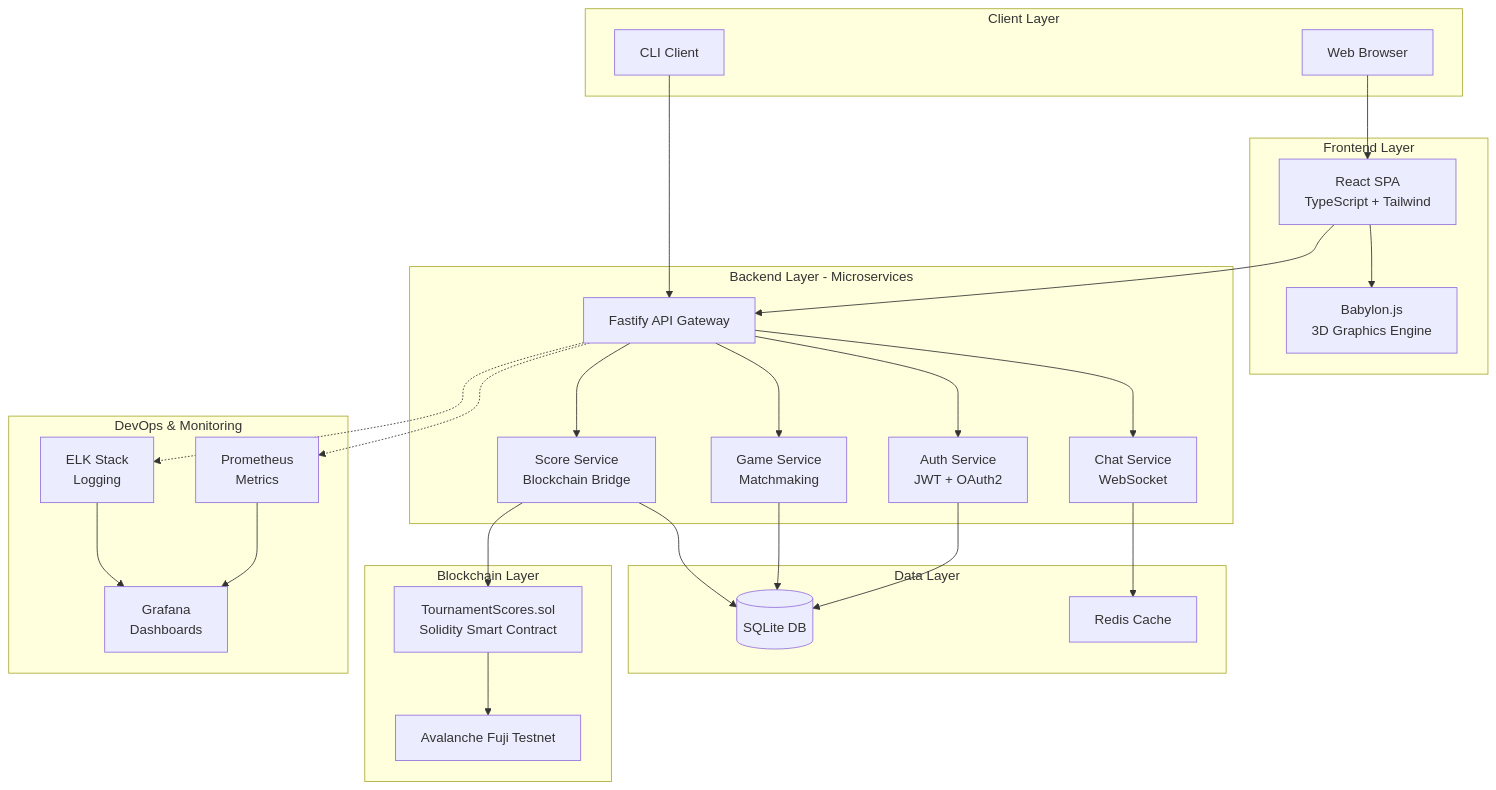
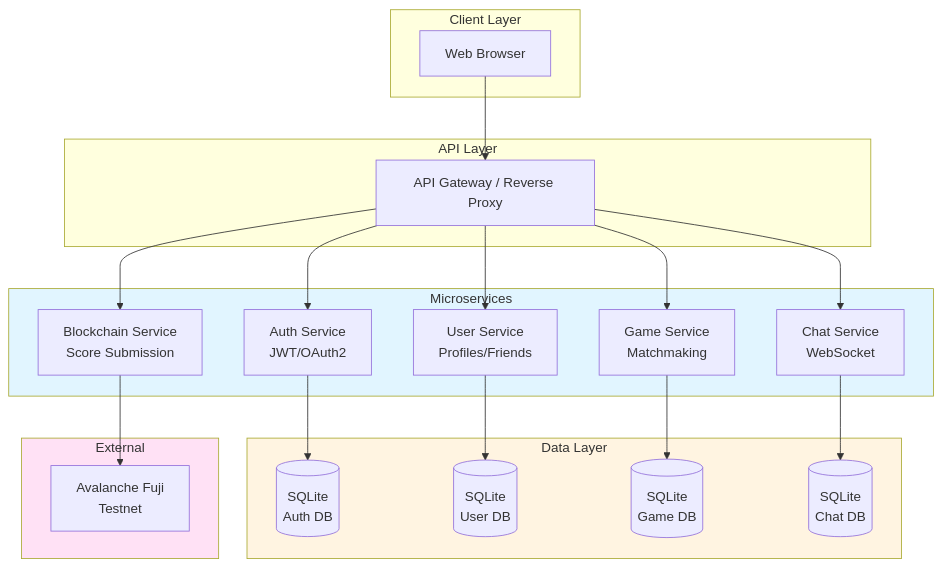
Before and after one commit to ppezzull/Trascendence: the diagram in README.md, drawn with Mermaid. The commit also changed other lines of this file and 16 other files, not shown here.

````diff
--- a/README.md
+++ b/README.md
@@ -34,55 +182,46 @@
 ```mermaid
 graph TB
     subgraph Client["Client Layer"]
         Browser[Web Browser]
-        CLI[CLI Client]
     end
     
-    subgraph Frontend["Frontend Layer"]
-        React[React SPA<br/>TypeScript + Tailwind]
-        Babylon[Babylon.js<br/>3D Graphics Engine]
+    subgraph API["API Layer"]
+        Gateway[API Gateway / Reverse Proxy]
     end
     
-    subgraph Backend["Backend Layer - Microservices"]
-        API[Fastify API Gateway]
-        Auth[Auth Service<br/>JWT + OAuth2]
+    subgraph Services["Microservices"]
+        Auth[Auth Service<br/>JWT/OAuth2]
+        User[User Service<br/>Profiles/Friends]
         Game[Game Service<br/>Matchmaking]
         Chat[Chat Service<br/>WebSocket]
-        Score[Score Service<br/>Blockchain Bridge]
+        Blockchain[Blockchain Service<br/>Score Submission]
     end
     
     subgraph Data["Data Layer"]
-        SQLite[(SQLite DB)]
-        Cache[Redis Cache]
+        AuthDB[(SQLite<br/>Auth DB)]
+        UserDB[(SQLite<br/>User DB)]
+        GameDB[(SQLite<br/>Game DB)]
+        ChatDB[(SQLite<br/>Chat DB)]
     end
     
-    subgraph Blockchain["Blockchain Layer"]
-        Contract[TournamentScores.sol<br/>Solidity Smart Contract]
-        Fuji[Avalanche Fuji Testnet]
+    subgraph External["External"]
+        Fuji[Avalanche Fuji<br/>Testnet]
     end
     
-    subgraph DevOps["DevOps & Monitoring"]
-        ELK[ELK Stack<br/>Logging]
-        Prometheus[Prometheus<br/>Metrics]
-        Grafana[Grafana<br/>Dashboards]
-    end
+    Browser --> Gateway
+    Gateway --> Auth
+    Gateway --> User
+    Gateway --> Game
+    Gateway --> Chat
+    Gateway --> Blockchain
     
-    Browser --> React
-    CLI --> API
-    React --> Babylon
-    React --> API
-    API --> Auth
-    API --> Game
-    API --> Chat
-    API --> Score
-    Auth --> SQLite
-    Game --> SQLite
-    Chat --> Cache
-    Score --> SQLite
-    Score --> Contract
-    Contract --> Fuji
-    API -.-> ELK
-    API -.-> Prometheus
-    Prometheus --> Grafana
-    ELK --> Grafana
+    Auth --> AuthDB
+    User --> UserDB
+    Game --> GameDB
+    Chat --> ChatDB
+    Blockchain --> Fuji
+    
+    style Services fill:#e1f5ff
+    style Data fill:#fff4e1
+    style External fill:#ffe1f5
 ```
````
